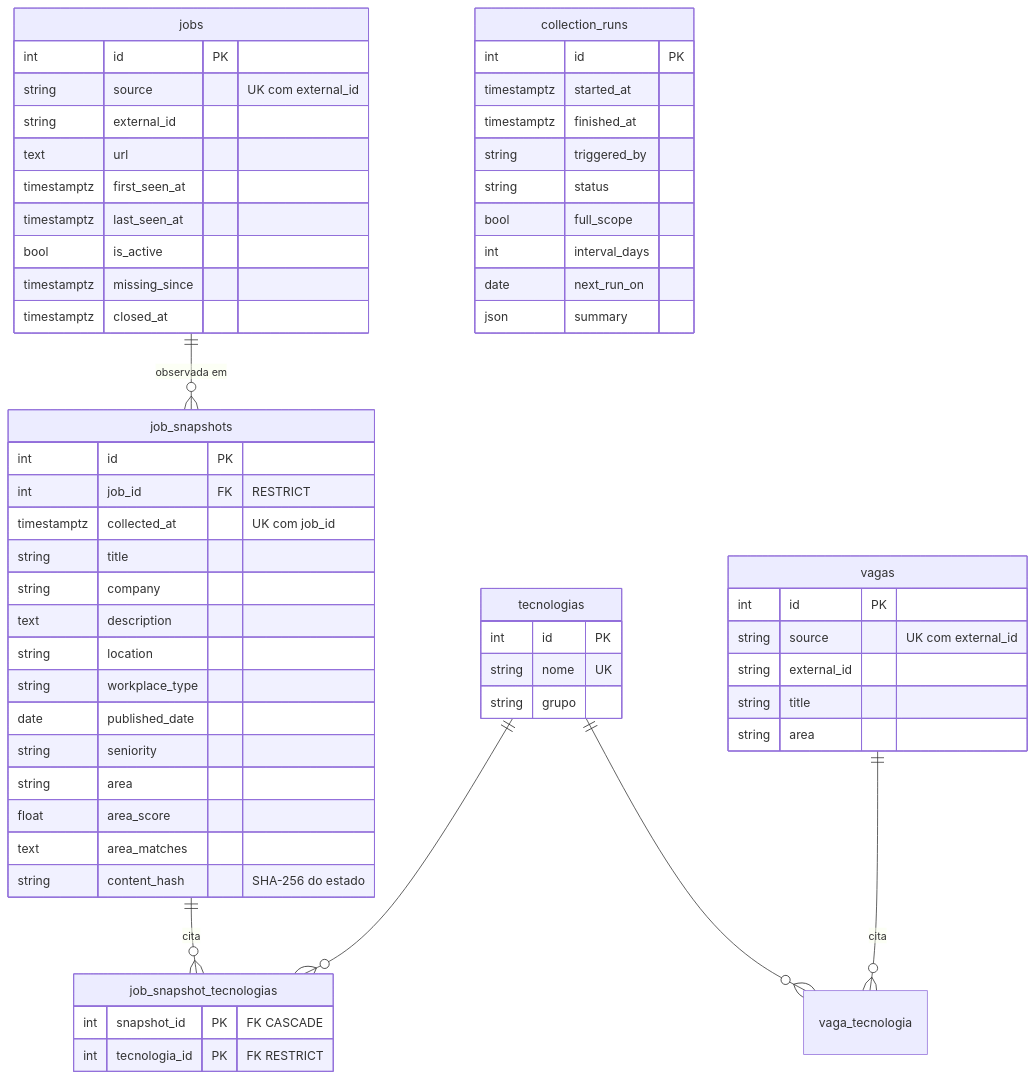
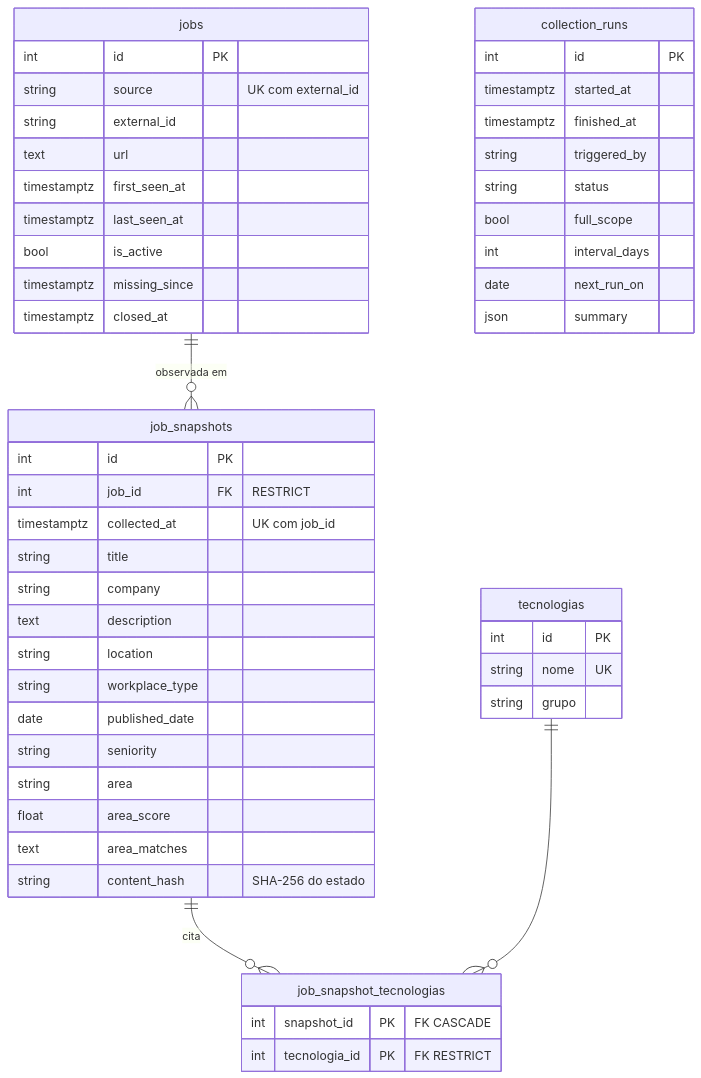
Before and after one commit to EmidioLP/vagas-tech-junior: the diagram in docs/data-model.md, drawn with Mermaid. The commit also changed other lines of this file and 22 other files, not shown here.

````diff
--- a/docs/data-model.md
+++ b/docs/data-model.md
@@ -17,63 +15,54 @@
 ```mermaid
 erDiagram
     jobs ||--o{ job_snapshots : "observada em"
     job_snapshots ||--o{ job_snapshot_tecnologias : cita
     tecnologias ||--o{ job_snapshot_tecnologias : ""
-    vagas ||--o{ vaga_tecnologia : cita
-    tecnologias ||--o{ vaga_tecnologia : ""
 
     jobs {
         int id PK
         string source "UK com external_id"
         string external_id
         text url
         timestamptz first_seen_at
         timestamptz last_seen_at
         bool is_active
         timestamptz missing_since
         timestamptz closed_at
     }
     job_snapshots {
         int id PK
         int job_id FK "RESTRICT"
         timestamptz collected_at "UK com job_id"
         string title
         string company
         text description
         string location
         string workplace_type
         date published_date
         string seniority
         string area
         float area_score
         text area_matches
         string content_hash "SHA-256 do estado"
     }
     job_snapshot_tecnologias {
         int snapshot_id PK "FK CASCADE"
         int tecnologia_id PK "FK RESTRICT"
     }
     tecnologias {
         int id PK
         string nome UK
         string grupo
     }
-    vagas {
-        int id PK
-        string source "UK com external_id"
-        string external_id
-        string title
-        string area
-    }
     collection_runs {
         int id PK
         timestamptz started_at
         timestamptz finished_at
         string triggered_by
         string status
         bool full_scope
         int interval_days
         date next_run_on
         json summary
     }
 ```
````
